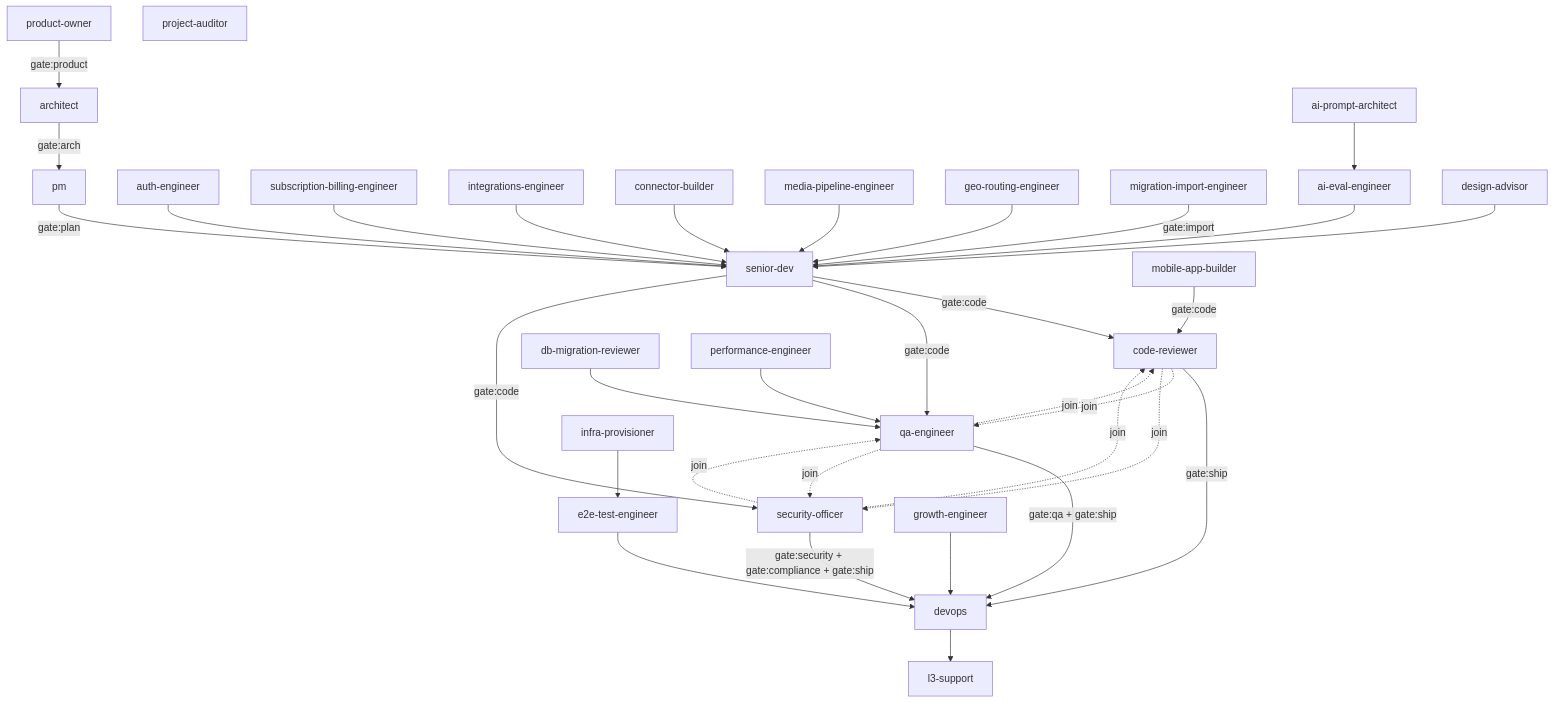
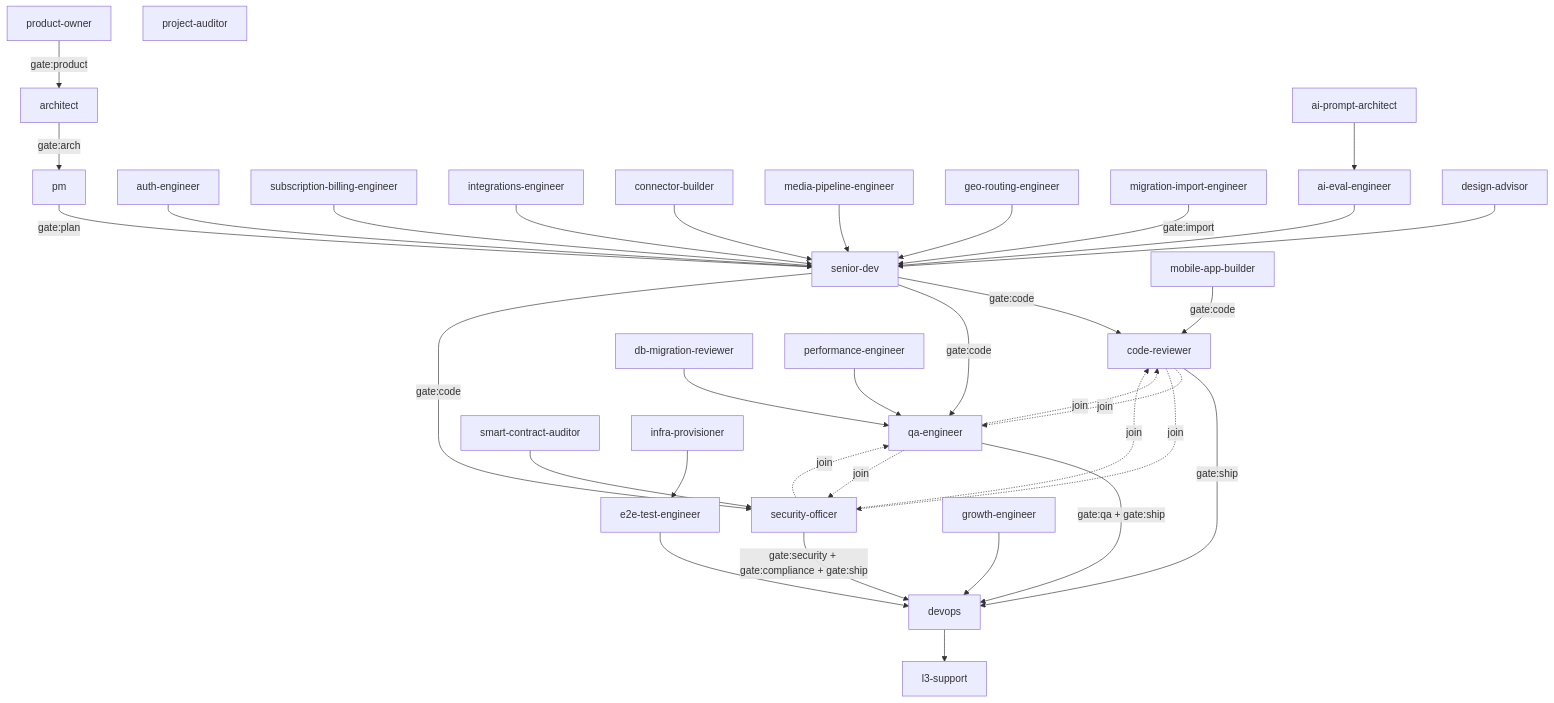
One commit to avelikiy/great_cto changed the second of 2 diagrams in docs/reference/architecture-map.md. Above: the diagram before and after it, drawn with Mermaid. The commit also changed other lines of this file and 32 other files, not shown here.

First line of the commit message:
feat(agents): smart-contract-auditor — tool-driven audit of existing Solidity/EVM code

````diff
--- a/docs/reference/architecture-map.md
+++ b/docs/reference/architecture-map.md
@@ -55,61 +55,63 @@
 ```mermaid
 flowchart TD
   product_owner["product-owner"]
   architect["architect"]
   product_owner -->|gate:product| architect
   pm["pm"]
   architect -->|gate:arch| pm
   senior_dev["senior-dev"]
   pm -->|gate:plan| senior_dev
   code_reviewer["code-reviewer"]
   senior_dev -->|gate:code| code_reviewer
   qa_engineer["qa-engineer"]
   senior_dev -->|gate:code| qa_engineer
   security_officer["security-officer"]
   senior_dev -->|gate:code| security_officer
   devops["devops"]
   code_reviewer -->|gate:ship| devops
   qa_engineer -.->|join| code_reviewer
   security_officer -.->|join| code_reviewer
   qa_engineer -->|gate:qa + gate:ship| devops
   security_officer -.->|join| qa_engineer
   code_reviewer -.->|join| qa_engineer
   security_officer -->|gate:security + gate:compliance + gate:ship| devops
   qa_engineer -.->|join| security_officer
   code_reviewer -.->|join| security_officer
   l3_support["l3-support"]
   devops --> l3_support
   project_auditor["project-auditor"]
   auth_engineer["auth-engineer"]
   auth_engineer --> senior_dev
   subscription_billing_engineer["subscription-billing-engineer"]
   subscription_billing_engineer --> senior_dev
   integrations_engineer["integrations-engineer"]
   integrations_engineer --> senior_dev
   connector_builder["connector-builder"]
   connector_builder --> senior_dev
   media_pipeline_engineer["media-pipeline-engineer"]
   media_pipeline_engineer --> senior_dev
   geo_routing_engineer["geo-routing-engineer"]
   geo_routing_engineer --> senior_dev
   mobile_app_builder["mobile-app-builder"]
   mobile_app_builder -->|gate:code| code_reviewer
   e2e_test_engineer["e2e-test-engineer"]
   e2e_test_engineer --> devops
   migration_import_engineer["migration-import-engineer"]
   migration_import_engineer -->|gate:import| senior_dev
   ai_prompt_architect["ai-prompt-architect"]
   ai_eval_engineer["ai-eval-engineer"]
   ai_prompt_architect --> ai_eval_engineer
   ai_eval_engineer --> senior_dev
   db_migration_reviewer["db-migration-reviewer"]
   db_migration_reviewer --> qa_engineer
   design_advisor["design-advisor"]
   design_advisor --> senior_dev
+  smart_contract_auditor["smart-contract-auditor"]
+  smart_contract_auditor --> security_officer
   performance_engineer["performance-engineer"]
   performance_engineer --> qa_engineer
   infra_provisioner["infra-provisioner"]
   infra_provisioner --> e2e_test_engineer
   growth_engineer["growth-engineer"]
   growth_engineer --> devops
 ```
````
